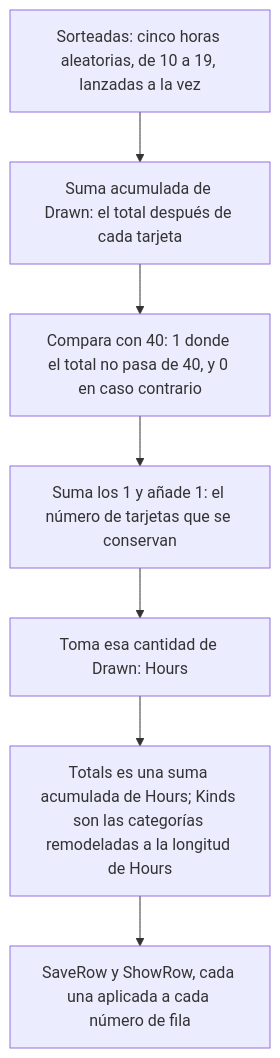
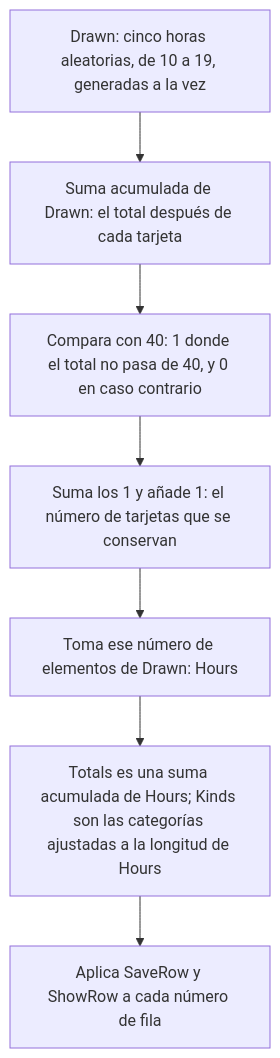
The first of 2 diagrams in lessons/guias-de-estudio/lenguajes/apl.md (dullroar/aprende-a-programar-como-un-bicho-raro), drawn with Mermaid before and after one commit. The commit also changed other lines of this file and 8 other files, not shown here.

````diff
--- a/lessons/guias-de-estudio/lenguajes/apl.md
+++ b/lessons/guias-de-estudio/lenguajes/apl.md
@@ -62,11 +62,11 @@
 ```mermaid
 flowchart TD
-    accTitle: apl: dibuja todo primero y deja que los arreglos decidan dónde parar
-    accDescr: Un diagrama de flujo de datos que pasan por operaciones sobre arreglos completos. Se sortean de una vez cinco horas aleatorias de 10 a 19. Una suma acumulada da el total después de cada tarjeta. Comparar los totales con 40 da unos y ceros. Sumar los unos y añadir uno cuenta las tarjetas que se conservan. Tomar esa cantidad de tarjetas de las horas sorteadas da las horas conservadas. Los totales acumulados y los nombres de categoría, ajustados a la misma longitud, se derivan de ellas. Luego una función aplicada a cada número de fila guarda cada fila y muestra cada fila.
-    A["Sorteadas: cinco horas aleatorias, de 10 a 19, lanzadas a la vez"] --> B["Suma acumulada de Drawn: el total después de cada tarjeta"]
+    accTitle: apl: genera todos los valores al azar y deja que los arreglos decidan dónde parar
+    accDescr: Un diagrama de flujo de datos que pasan por operaciones sobre arreglos completos. Se generan de una vez cinco valores aleatorios de 10 a 19 horas. Una suma acumulada da el total después de cada tarjeta. Comparar los totales con 40 da unos y ceros. Sumar los unos y añadir uno cuenta las tarjetas que se conservan. Tomar ese número de tarjetas de las horas generadas da las horas conservadas. Los totales acumulados y los nombres de categoría, ajustados a la misma longitud, se derivan de ellas. Luego una función aplicada a cada número de fila guarda cada fila y muestra cada fila.
+    A["Drawn: cinco horas aleatorias, de 10 a 19, generadas a la vez"] --> B["Suma acumulada de Drawn: el total después de cada tarjeta"]
     B --> C["Compara con 40: 1 donde el total no pasa de 40, y 0 en caso contrario"]
     C --> D["Suma los 1 y añade 1: el número de tarjetas que se conservan"]
-    D --> E["Toma esa cantidad de Drawn: Hours"]
-    E --> F["Totals es una suma acumulada de Hours; Kinds son las categorías remodeladas a la longitud de Hours"]
-    F --> G["SaveRow y ShowRow, cada una aplicada a cada número de fila"]
+    D --> E["Toma ese número de elementos de Drawn: Hours"]
+    E --> F["Totals es una suma acumulada de Hours; Kinds son las categorías ajustadas a la longitud de Hours"]
+    F --> G["Aplica SaveRow y ShowRow a cada número de fila"]
 ```
````
